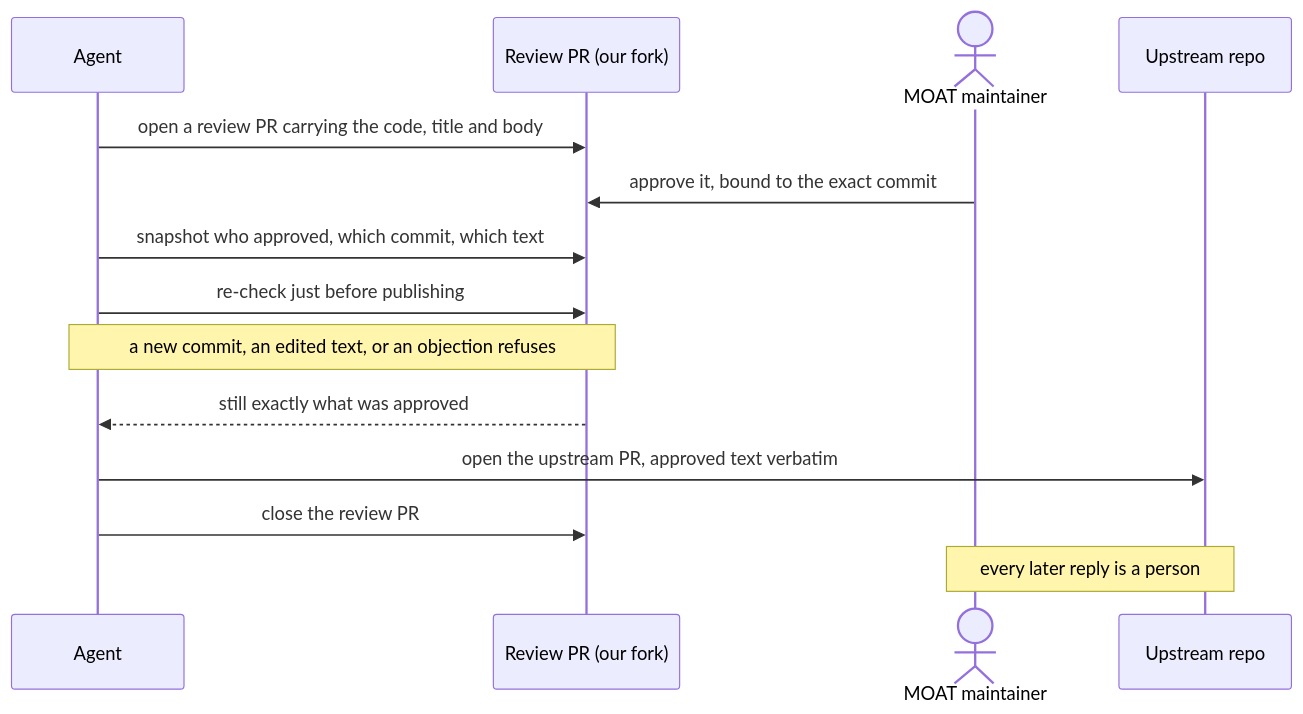
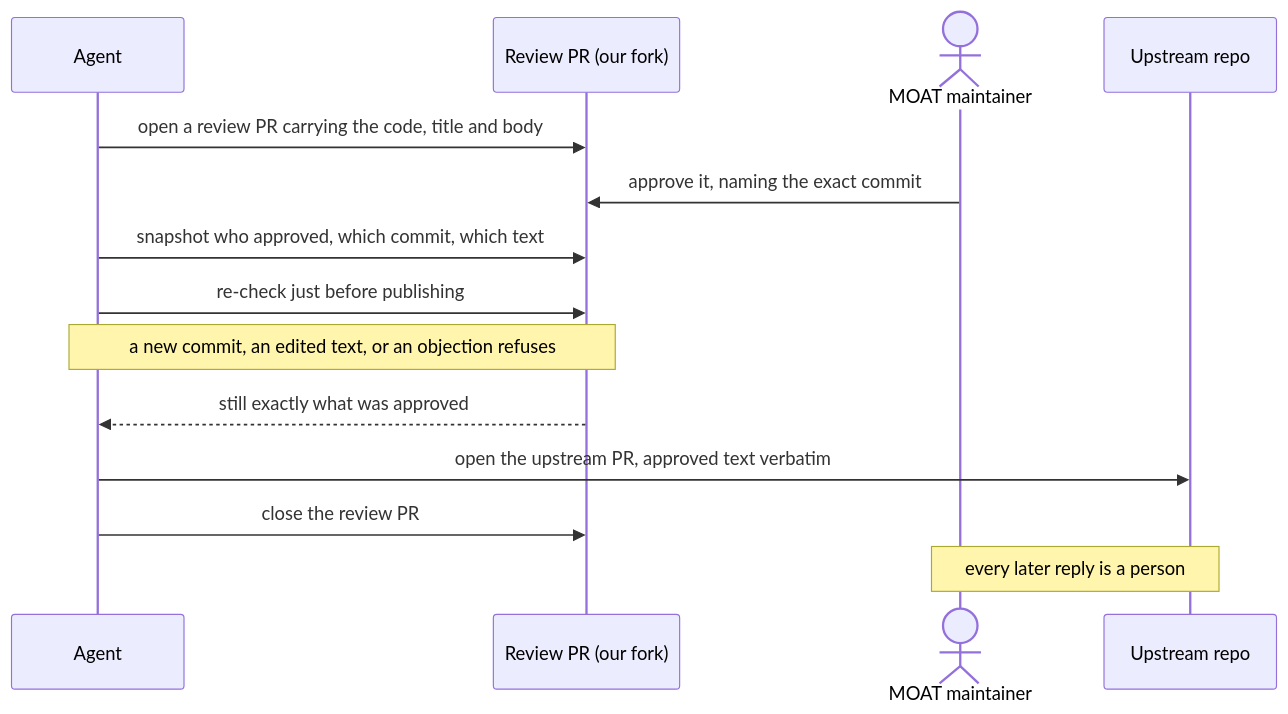
Before and after one commit to AMD-Ecosystem/moat: the seventh of 12 diagrams in VISUAL.md, drawn with Mermaid. The commit also changed other lines of this file, not shown here.

First line of the commit message:
docs: VISUAL state diagram shows every legal stage transition

````diff
--- a/VISUAL.md
+++ b/VISUAL.md
@@ -245,17 +268,17 @@
 ```mermaid
 sequenceDiagram
     participant A as Agent
     participant R as Review PR (our fork)
     actor M as MOAT maintainer
     participant U as Upstream repo
 
     A->>R: open a review PR carrying the code, title and body
-    M->>R: approve it, bound to the exact commit
+    M->>R: approve it, naming the exact commit
     A->>R: snapshot who approved, which commit, which text
     A->>R: re-check just before publishing
     Note over A,R: a new commit, an edited text, or an objection refuses
     R-->>A: still exactly what was approved
     A->>U: open the upstream PR, approved text verbatim
     A->>R: close the review PR
     Note over M,U: every later reply is a person
 ```
````
